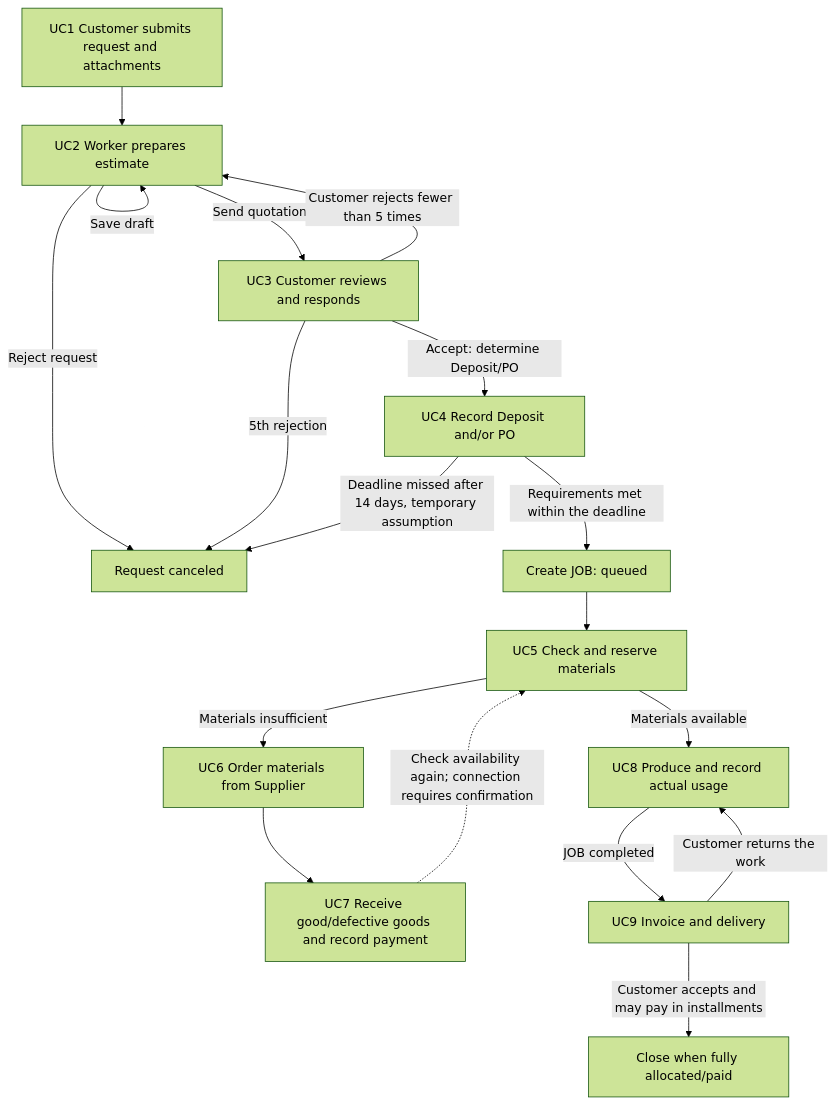
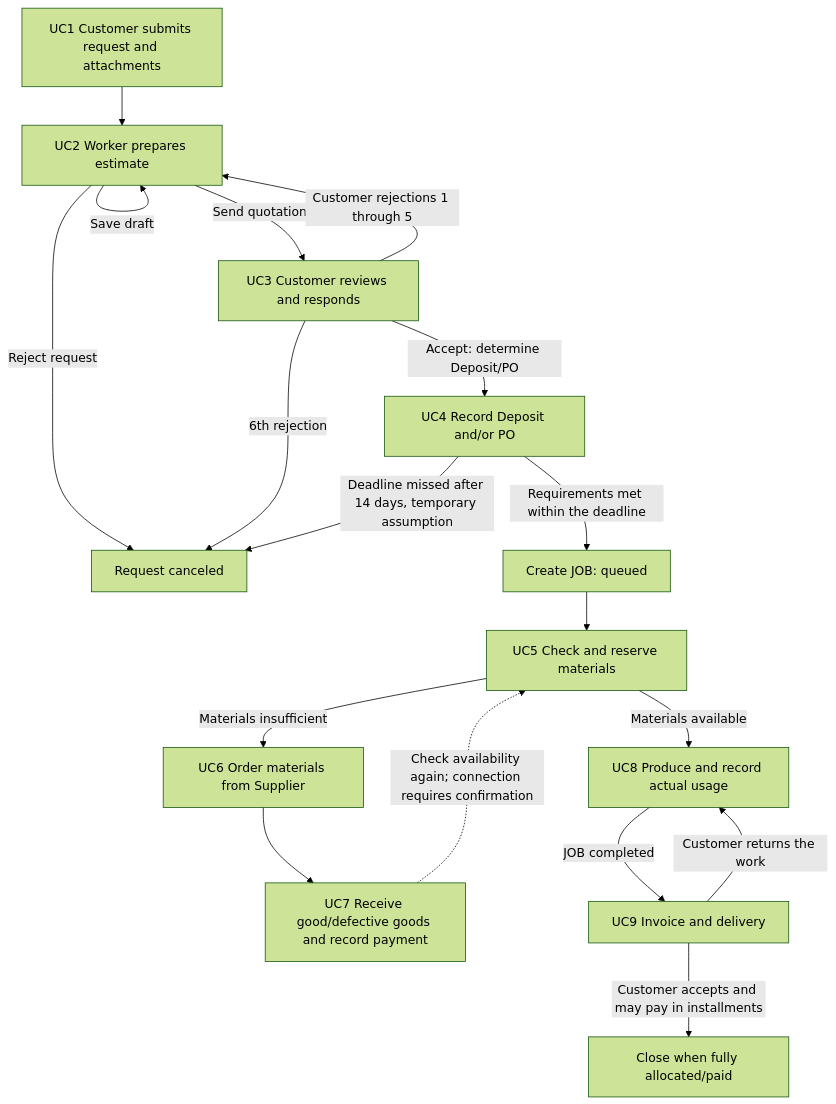
One commit to 01418321-SA-Lathe-Shop/sa-lathe-shop-be changed the diagram in docs/01-backend.md. Above: the diagram before and after it, drawn with Mermaid (forest theme). The commit also changed other lines of this file and 3 other files, not shown here.

````diff
--- a/docs/01-backend.md
+++ b/docs/01-backend.md
@@ -25,20 +32,20 @@
 ```mermaid
 flowchart TD
   UC1[UC1 Customer submits request and attachments] --> UC2[UC2 Worker prepares estimate]
   UC2 -->|Send quotation| UC3[UC3 Customer reviews and responds]
   UC2 -->|Save draft| UC2
   UC2 -->|Reject request| CANCELED[Request canceled]
-  UC3 -->|Customer rejects fewer than 5 times| UC2
-  UC3 -->|5th rejection| CANCELED
+  UC3 -->|Customer rejections 1 through 5| UC2
+  UC3 -->|6th rejection| CANCELED
   UC3 -->|Accept: determine Deposit/PO| UC4[UC4 Record Deposit and/or PO]
   UC4 -->|Requirements met within the deadline| JOB[Create JOB: queued]
   UC4 -->|Deadline missed after 14 days, temporary assumption| CANCELED
   JOB --> UC5[UC5 Check and reserve materials]
   UC5 -->|Materials available| UC8[UC8 Produce and record actual usage]
   UC5 -->|Materials insufficient| UC6[UC6 Order materials from Supplier]
   UC6 --> UC7[UC7 Receive good/defective goods and record payment]
   UC7 -.->|Check availability again; connection requires confirmation| UC5
   UC8 -->|JOB completed| UC9[UC9 Invoice and delivery]
   UC9 -->|Customer returns the work| UC8
   UC9 -->|Customer accepts and may pay in installments| DONE[Close when fully allocated/paid]
 ```
````
